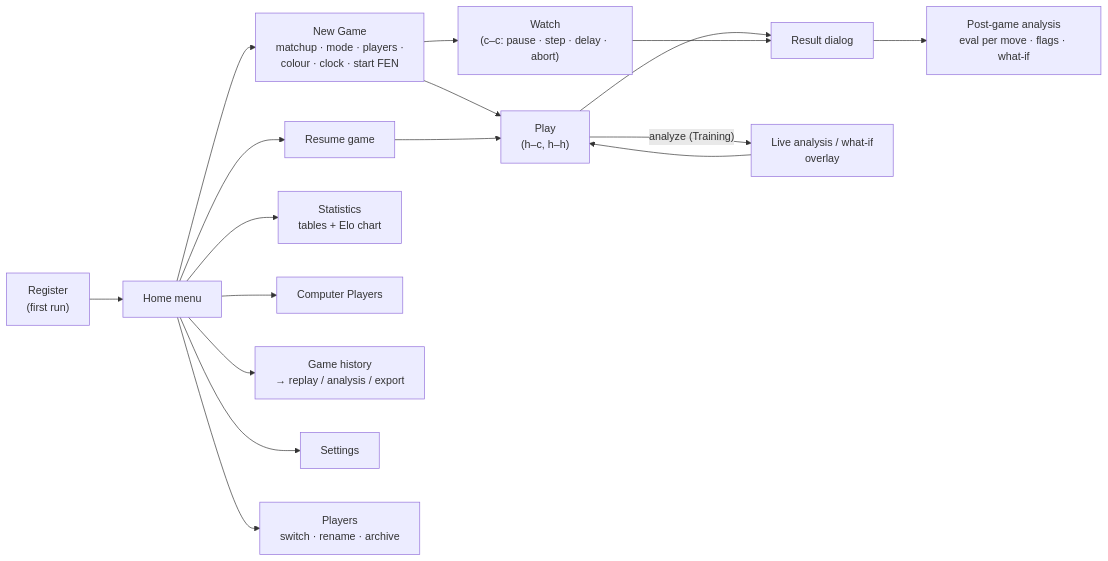
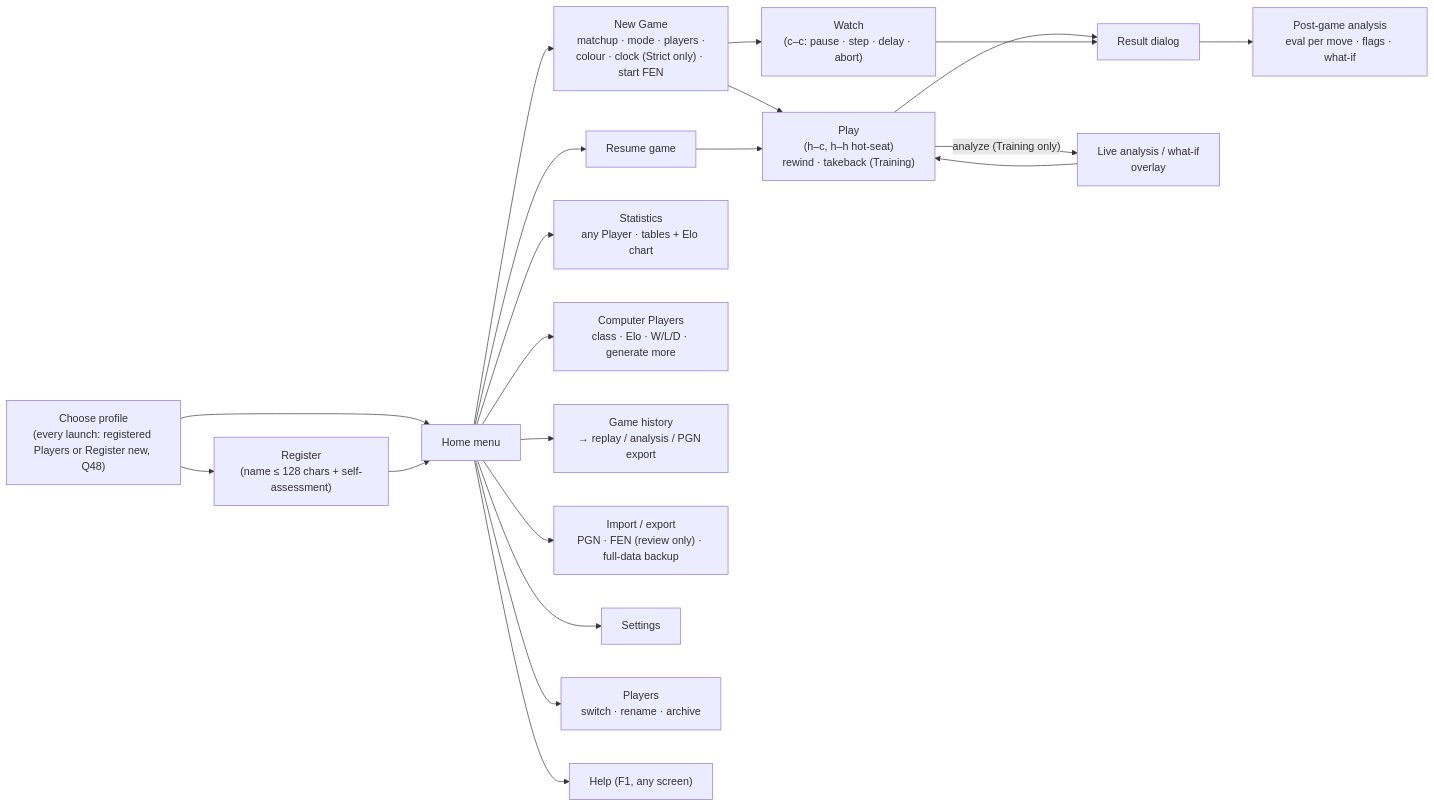
The seventh of 12 diagrams in docs/architecture.md (bprascher/chess), drawn with Mermaid before and after one commit. The commit also changed other lines of this file and 3 other files, not shown here.

First line of the commit message:
Baseline requirements and architecture v1.0

````diff
--- a/docs/architecture.md
+++ b/docs/architecture.md
@@ -466,18 +714,21 @@
 ```mermaid
 flowchart LR
-    reg["Register<br/>(first run)"] --> home["Home menu"]
-    home --> setup["New Game<br/>matchup · mode · players ·<br/>colour · clock · start FEN"]
-    setup --> play["Play<br/>(h–c, h–h)"]
+    pick["Choose profile<br/>(every launch: registered Players or Register new, Q48)"] --> home["Home menu"]
+    pick --> reg["Register<br/>(name ≤ 128 chars + self-assessment)"] --> home
+    home --> setup["New Game<br/>matchup · mode · players ·<br/>colour · clock (Strict only) · start FEN"]
+    setup --> play["Play<br/>(h–c, h–h hot-seat)<br/>rewind · takeback (Training)"]
     setup --> watch["Watch<br/>(c–c: pause · step · delay · abort)"]
     home --> resume["Resume game"] --> play
     play --> result["Result dialog"]
     watch --> result
     result --> post["Post-game analysis<br/>eval per move · flags · what-if"]
-    play -- "analyze (Training)" --> live["Live analysis / what-if<br/>overlay"]
+    play -- "analyze (Training only)" --> live["Live analysis / what-if<br/>overlay"]
     live --> play
-    home --> stats["Statistics<br/>tables + Elo chart"]
-    home --> roster["Computer Players"]
-    home --> games["Game history<br/>→ replay / analysis / export"]
+    home --> stats["Statistics<br/>any Player · tables + Elo chart"]
+    home --> roster["Computer Players<br/>class · Elo · W/L/D · generate more"]
+    home --> games["Game history<br/>→ replay / analysis / PGN export"]
+    home --> data["Import / export<br/>PGN · FEN (review only) · full-data backup"]
     home --> settings["Settings"]
     home --> players["Players<br/>switch · rename · archive"]
+    home --> help["Help (F1, any screen)"]
 ```
````
